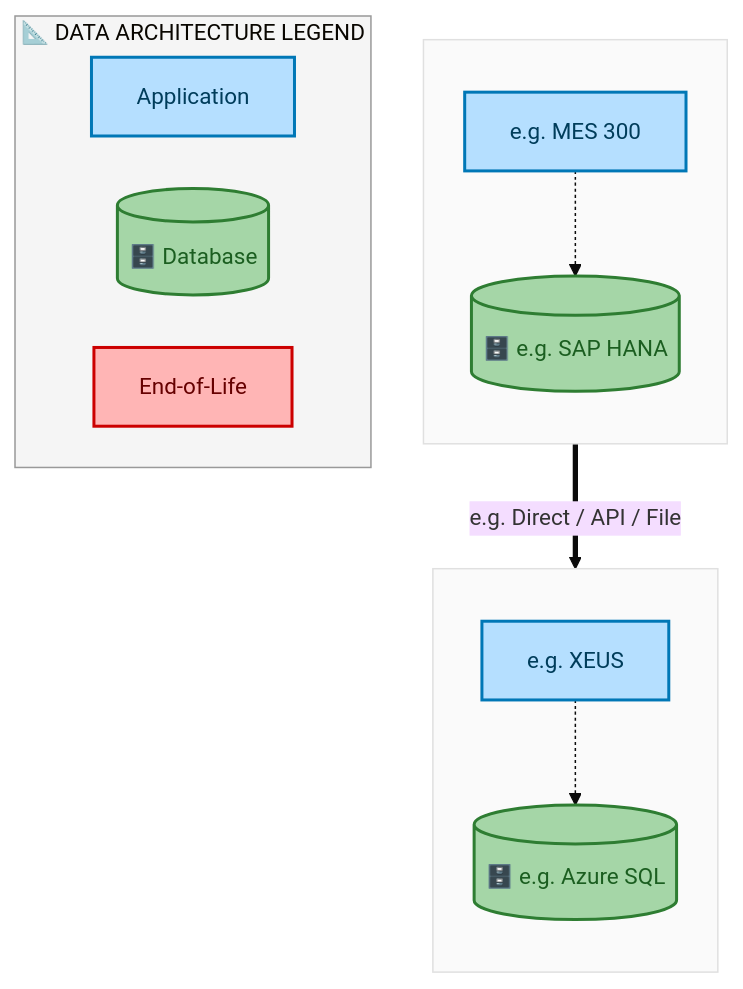
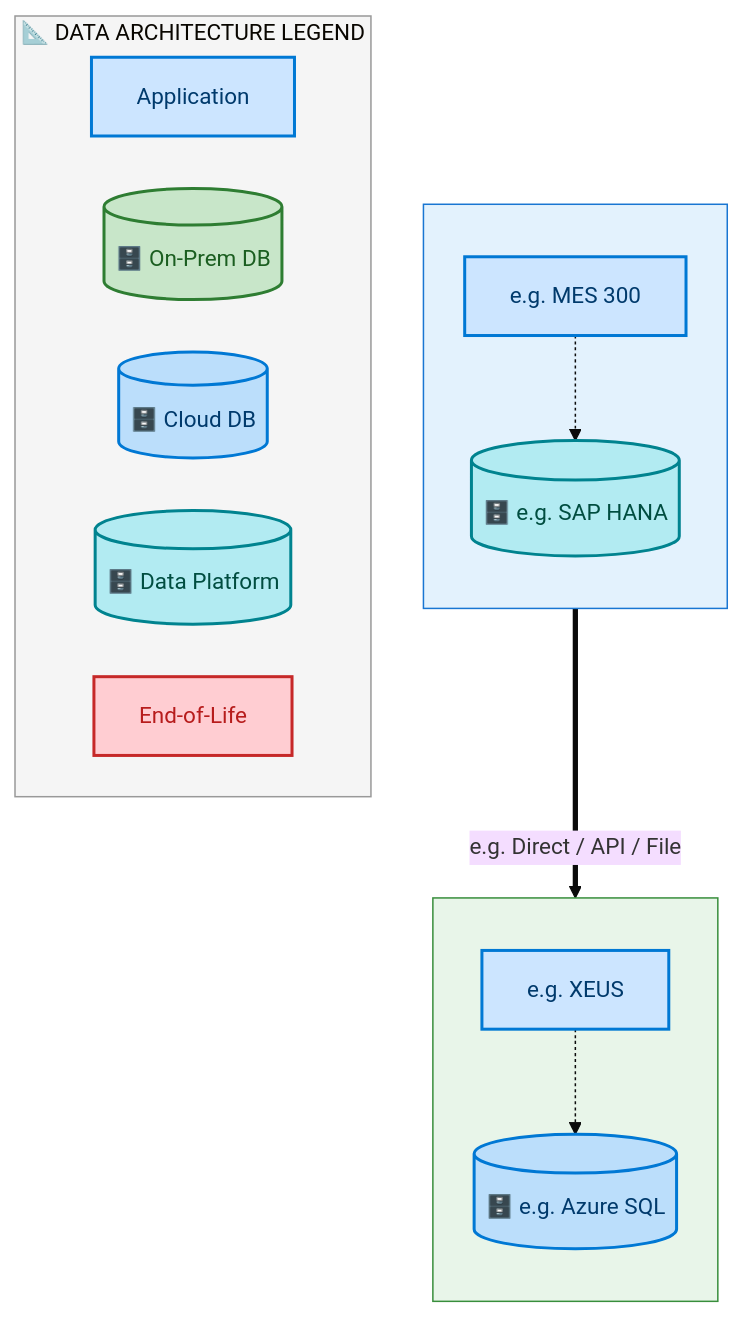
One commit to sajivfrancis777/IAO-Architecture changed diagram 15 of 19 in towers/E2E/Forecast to Stock/E2E-73/output/docs/systems-architecture/E2E-73-Architecture.md. Above: the diagram before and after it, drawn with Mermaid. The commit also changed other lines of this file and 394 other files, not shown here.

First line of the commit message:
feat: structured layer ordering for Mermaid architecture diagrams

````diff
--- a/towers/E2E/Forecast to Stock/E2E-73/output/docs/systems-architecture/E2E-73-Architecture.md
+++ b/towers/E2E/Forecast to Stock/E2E-73/output/docs/systems-architecture/E2E-73-Architecture.md
@@ -2829,33 +2841,37 @@
 ```mermaid
 %%{init: {"theme": "base", "securityLevel": "loose", "themeVariables": {"fontSize": "15px", "fontFamily": "Segoe UI, Arial"}, "flowchart": {"useMaxWidth": false, "htmlLabels": true, "nodeSpacing": 35, "rankSpacing": 45}} }%%
 flowchart TB
-    classDef appBox fill:#B5DFFF,stroke:#0077B6,stroke-width:2px,color:#003D5B
-    classDef dbCyl fill:#A5D6A7,stroke:#2E7D32,stroke-width:2px,color:#1B5E20
-    classDef eolBox fill:#FFB5B5,stroke:#CC0000,stroke-width:2px,color:#660000
+    classDef appBox fill:#CCE5FF,stroke:#0078D4,stroke-width:2px,color:#003A6C
+    classDef dbCyl fill:#C8E6C9,stroke:#2E7D32,stroke-width:2px,color:#1B5E20
+    classDef dbCloud fill:#BBDEFB,stroke:#0078D4,stroke-width:2px,color:#003A6C
+    classDef dbData fill:#B2EBF2,stroke:#00838F,stroke-width:2px,color:#004D40
+    classDef eolBox fill:#FFCDD2,stroke:#C62828,stroke-width:2px,color:#B71C1C
 
     subgraph E2E73FDACL_e_g_Azure_SQL[" "]
         direction TB
         E2E73FDAA_e_g_XEUS["e.g. XEUS"]:::appBox
-        E2E73FDAD_e_g_Azure_SQL[("🗄️ e.g. Azure SQL")]:::dbCyl
+        E2E73FDAD_e_g_Azure_SQL[("🗄️ e.g. Azure SQL")]:::dbCloud
         E2E73FDAA_e_g_XEUS -.-> E2E73FDAD_e_g_Azure_SQL
     end
-    style E2E73FDACL_e_g_Azure_SQL fill:#FAFAFA,stroke:#E0E0E0,stroke-width:1px
+    style E2E73FDACL_e_g_Azure_SQL fill:#E8F5E9,stroke:#388E3C,stroke-width:1px
 
     subgraph E2E73FDACL_e_g_SAP_HANA[" "]
         direction TB
         E2E73FDAA_e_g_MES_300["e.g. MES 300"]:::appBox
-        E2E73FDAD_e_g_SAP_HANA[("🗄️ e.g. SAP HANA")]:::dbCyl
+        E2E73FDAD_e_g_SAP_HANA[("🗄️ e.g. SAP HANA")]:::dbData
         E2E73FDAA_e_g_MES_300 -.-> E2E73FDAD_e_g_SAP_HANA
     end
-    style E2E73FDACL_e_g_SAP_HANA fill:#FAFAFA,stroke:#E0E0E0,stroke-width:1px
+    style E2E73FDACL_e_g_SAP_HANA fill:#E3F2FD,stroke:#1976D2,stroke-width:1px
 
     E2E73FDAD_e_g_SAP_HANA ==>|"e.g. Direct / API / File"| E2E73FDAD_e_g_Azure_SQL
 
     subgraph Legend["📐 DATA ARCHITECTURE LEGEND"]
         direction LR
         L_A["Application"]:::appBox
-        L_D[("🗄️ Database")]:::dbCyl
+        L_D[("🗄️ On-Prem DB")]:::dbCyl
+        L_DC[("🗄️ Cloud DB")]:::dbCloud
+        L_DD[("🗄️ Data Platform")]:::dbData
         L_E["End-of-Life"]:::eolBox
     end
     style Legend fill:#F5F5F5,stroke:#999,stroke-width:1px
 ```
````
